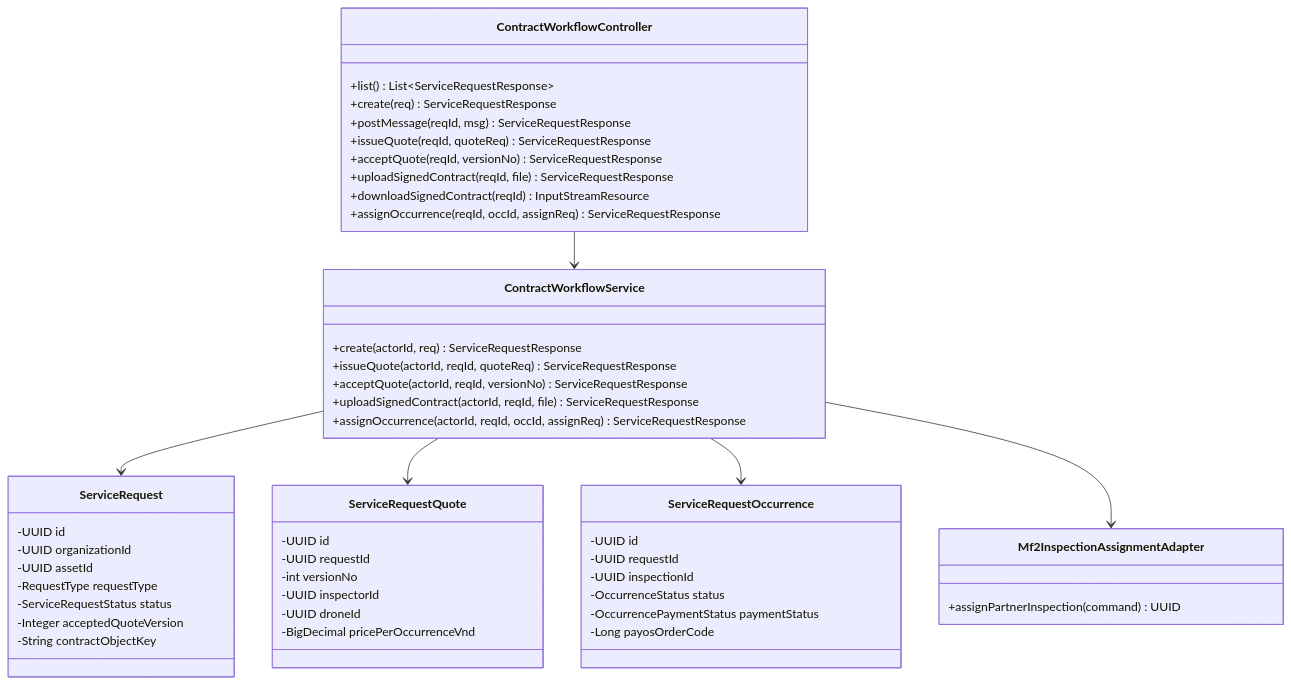
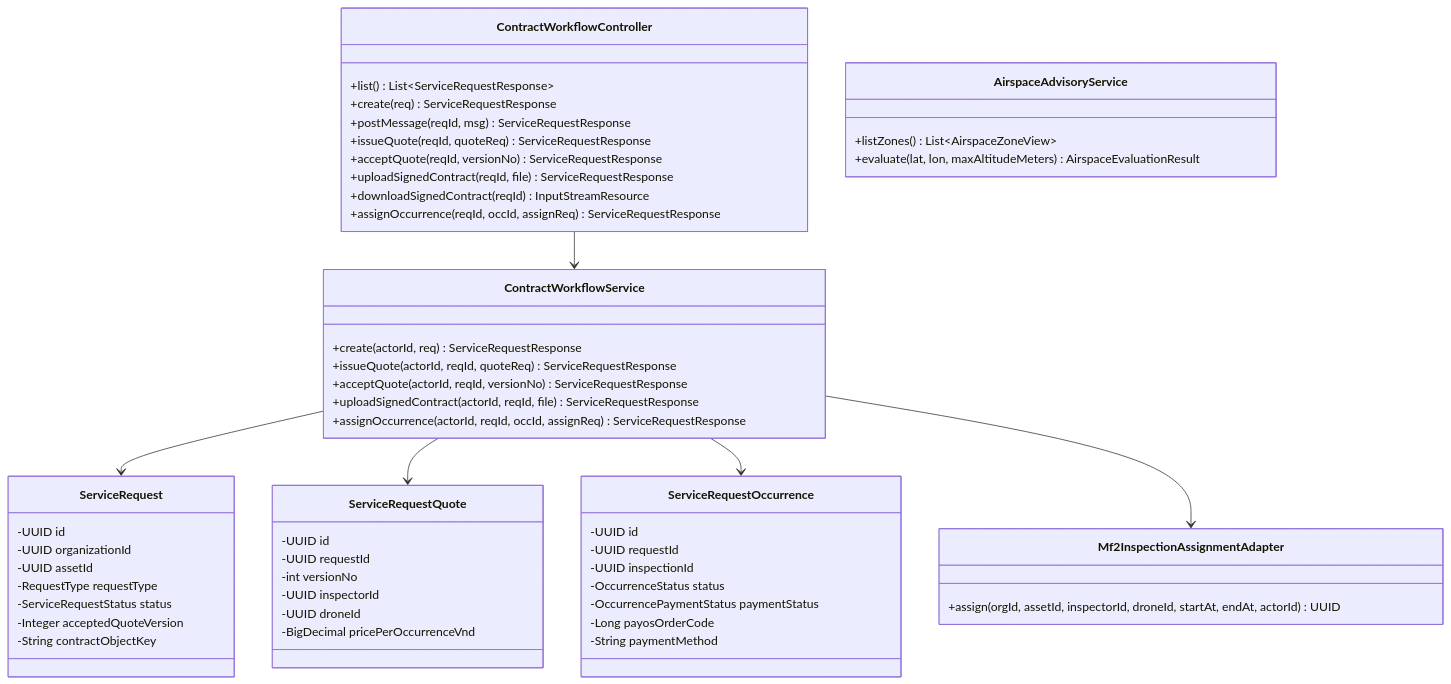
Diagram 11 of 26 in reports/report-4-software-design-document/03-detailed-design.md (tungbach12/SmartDroneInspection-Docs), drawn with Mermaid before and after one commit. The commit also changed other lines of this file and 132 other files, not shown here.

````diff
--- a/reports/report-4-software-design-document/03-detailed-design.md
+++ b/reports/report-4-software-design-document/03-detailed-design.md
@@ -375,54 +508,59 @@
 ```mermaid
 %% title: FE-04 Service Request, Quotation, Signed Contract and Dispatch Class Diagram
 classDiagram
   class ContractWorkflowController {
     +list() List~ServiceRequestResponse~
     +create(req) ServiceRequestResponse
     +postMessage(reqId, msg) ServiceRequestResponse
     +issueQuote(reqId, quoteReq) ServiceRequestResponse
     +acceptQuote(reqId, versionNo) ServiceRequestResponse
     +uploadSignedContract(reqId, file) ServiceRequestResponse
     +downloadSignedContract(reqId) InputStreamResource
     +assignOccurrence(reqId, occId, assignReq) ServiceRequestResponse
   }
   class ContractWorkflowService {
     +create(actorId, req) ServiceRequestResponse
     +issueQuote(actorId, reqId, quoteReq) ServiceRequestResponse
     +acceptQuote(actorId, reqId, versionNo) ServiceRequestResponse
     +uploadSignedContract(actorId, reqId, file) ServiceRequestResponse
     +assignOccurrence(actorId, reqId, occId, assignReq) ServiceRequestResponse
   }
   class Mf2InspectionAssignmentAdapter {
-    +assignPartnerInspection(command) UUID
+    +assign(orgId, assetId, inspectorId, droneId, startAt, endAt, actorId) UUID
+  }
+  class AirspaceAdvisoryService {
+    +listZones() List~AirspaceZoneView~
+    +evaluate(lat, lon, maxAltitudeMeters) AirspaceEvaluationResult
   }
   class ServiceRequest {
     -UUID id
     -UUID organizationId
     -UUID assetId
     -RequestType requestType
     -ServiceRequestStatus status
     -Integer acceptedQuoteVersion
     -String contractObjectKey
   }
   class ServiceRequestQuote {
     -UUID id
     -UUID requestId
     -int versionNo
     -UUID inspectorId
     -UUID droneId
     -BigDecimal pricePerOccurrenceVnd
   }
   class ServiceRequestOccurrence {
     -UUID id
     -UUID requestId
     -UUID inspectionId
     -OccurrenceStatus status
     -OccurrencePaymentStatus paymentStatus
     -Long payosOrderCode
+    -String paymentMethod
   }
   ContractWorkflowController --> ContractWorkflowService
   ContractWorkflowService --> ServiceRequest
   ContractWorkflowService --> ServiceRequestQuote
   ContractWorkflowService --> ServiceRequestOccurrence
   ContractWorkflowService --> Mf2InspectionAssignmentAdapter
 ```
````
